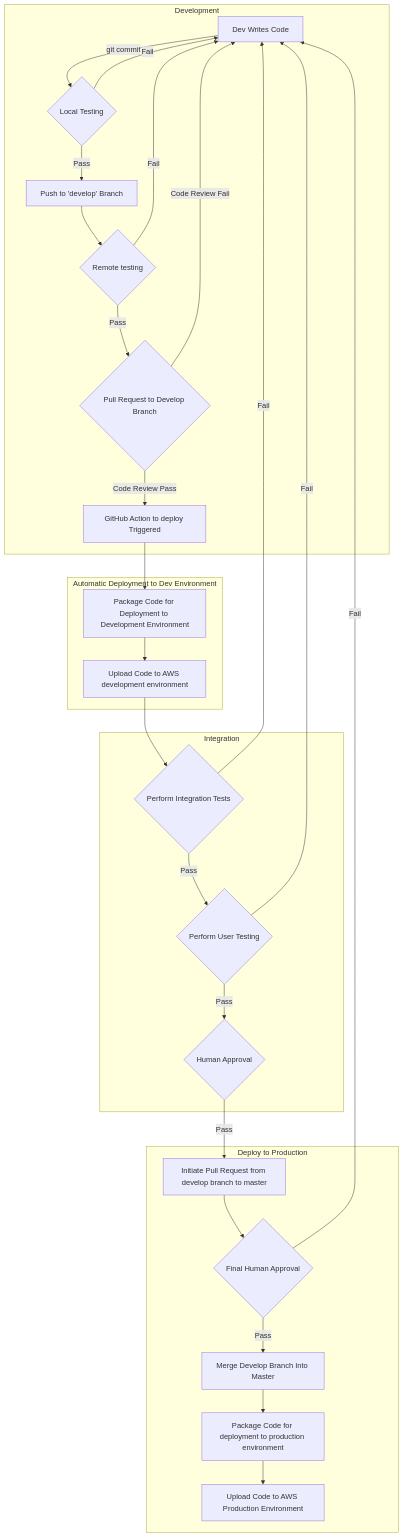
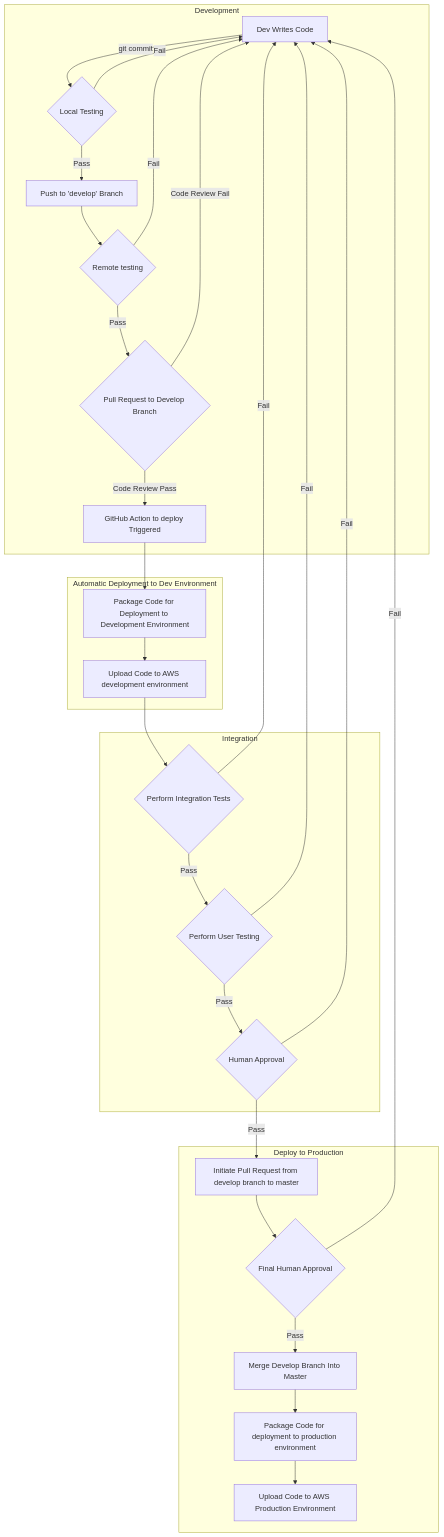
The diagram in documentation/systems.md (patpragman/swe_class_project), drawn with Mermaid before and after one commit.

Commit message:
missed a branch in workflow diagram

````diff
--- a/documentation/systems.md
+++ b/documentation/systems.md
@@ -1,61 +1,62 @@
 ```mermaid
     graph TB;
         
         subgraph Development
             A[Dev Writes Code]
             B{Local Testing}
             C[Push to 'develop' Branch]
             C_2{Pull Request to Develop Branch}
             D{Remote testing}
             E[GitHub Action to deploy Triggered]
             
             A -- git commit --> B
             B -- Fail --> A
             B -- Pass --> C
 
             C --> D
             D -- Fail --> A
             D -- Pass --> C_2
             C_2 -- Code Review Pass --> E
             C_2 -- Code Review Fail --> A
         end
     
         subgraph Automatic Deployment to Dev Environment
             E --> F[Package Code for Deployment to Development Environment]
             F --> G[Upload Code to AWS development environment]
         end
         
         subgraph Integration
             H{Perform Integration Tests}
             I{Perform User Testing}
             J{Human Approval}
             
             H -- Pass --> I
             H -- Fail --> A
             
             I -- Pass --> J
             I -- Fail --> A
         end
         
         G --> H
         J -- Pass --> K
+        J -- Fail --> A
         subgraph Deploy to Production
             K[Initiate Pull Request from develop branch to master]
             L{Final Human Approval}
             M[Merge Develop Branch Into Master]
             O[Package Code for deployment to production environment]
             P[Upload Code to AWS Production Environment]
             
             L -- Pass --> M
             K --> L
             
             M --> O
             O --> P
             
             
         end
         
         L -- Fail --> A
         
 
 ```
````
